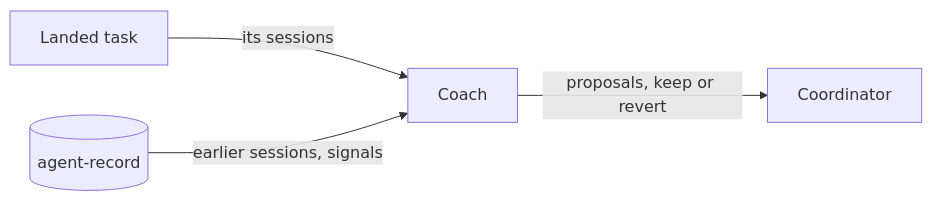
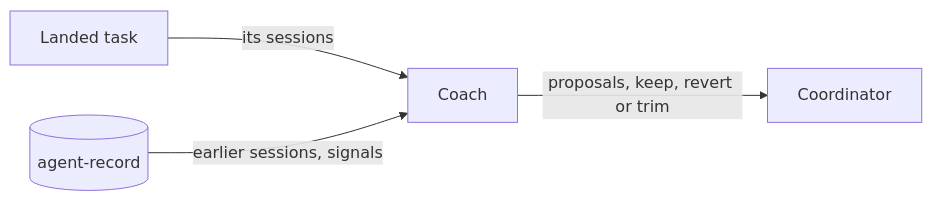
One commit to cniska/agent-skills changed the second of 3 diagrams in docs/loops.md. Above: the diagram before and after it, drawn with Mermaid. The commit also changed other lines of this file and 1 other file, not shown here.

Commit message:
docs: chart a task's life in the README

````diff
--- a/docs/loops.md
+++ b/docs/loops.md
@@ -74,6 +64,6 @@
 ```mermaid
 flowchart LR
   task["Landed task"] -- "its sessions" --> coach["Coach"]
   rec[("agent-record")] -- "earlier sessions, signals" --> coach
-  coach -- "proposals, keep or revert" --> lead["Coordinator"]
+  coach -- "proposals, keep, revert or trim" --> lead["Coordinator"]
 ```
````
